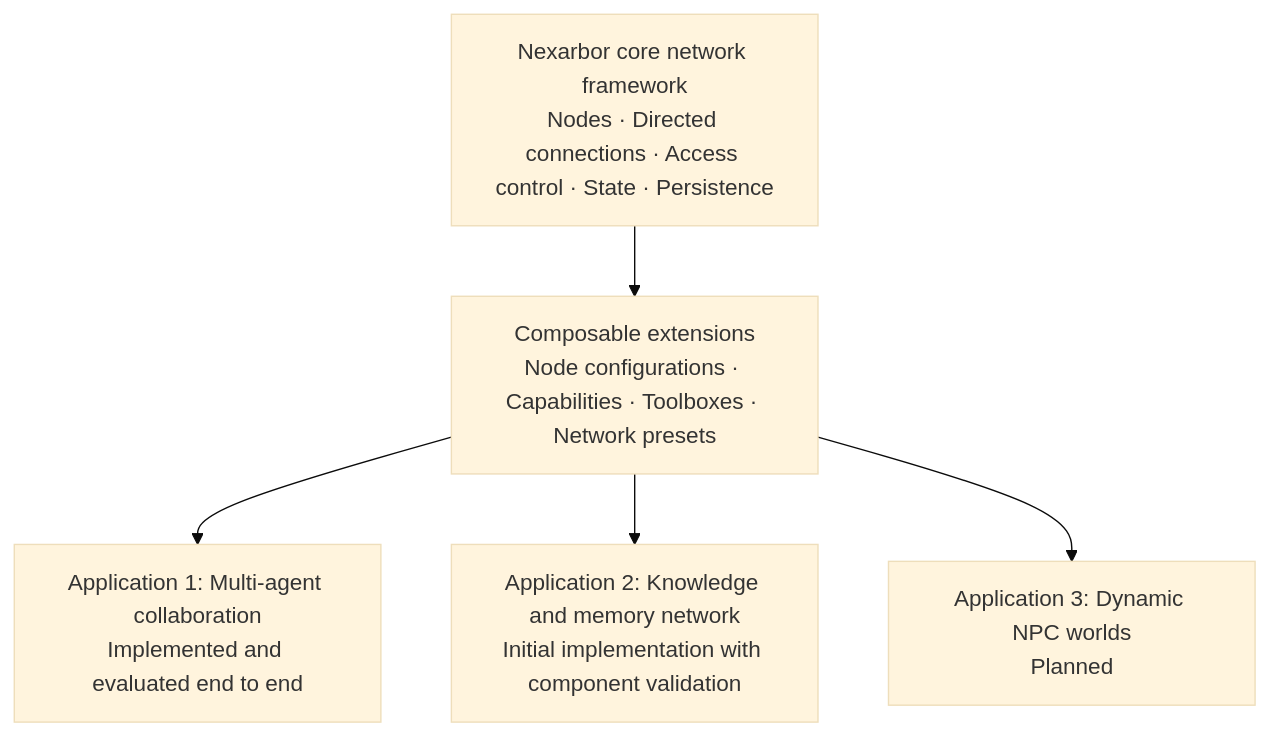
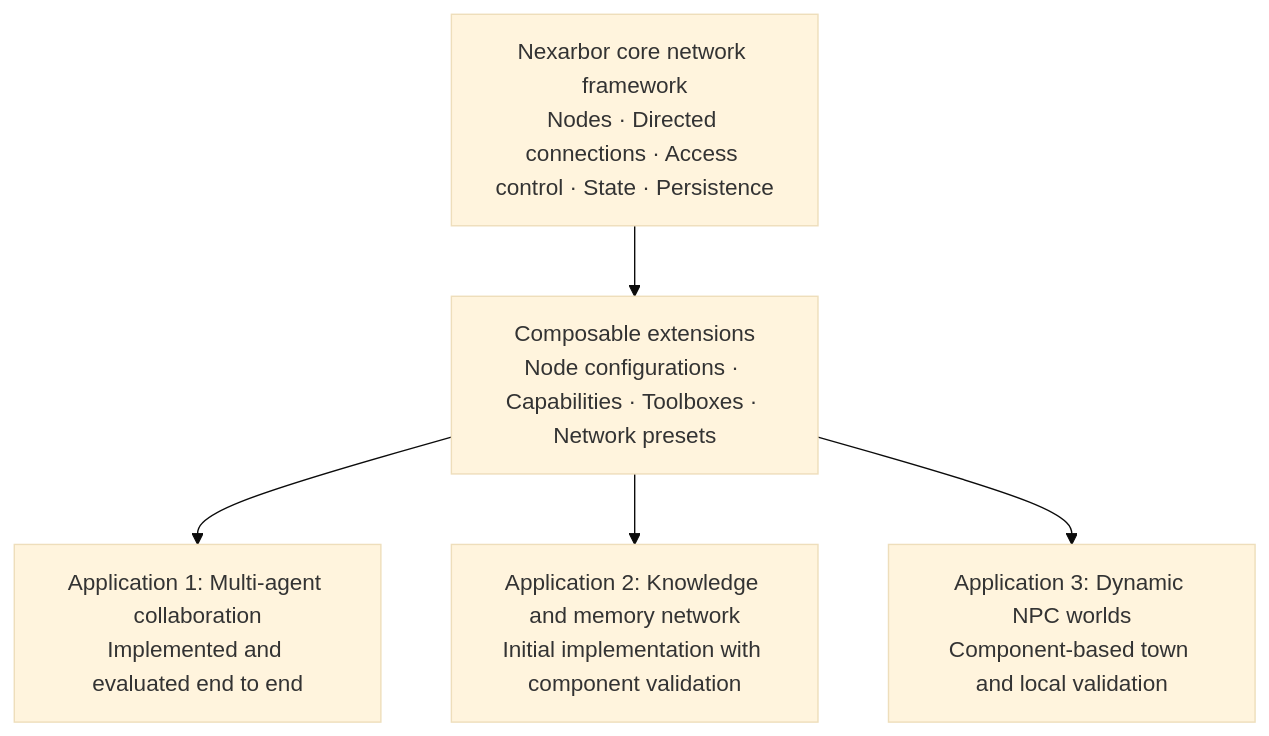
The diagram in README_EN.md (kazari-qwp/Nexarbor), drawn with Mermaid (base theme) before and after one commit. The commit also changed other lines of this file and 39 other files, not shown here.

Commit message:
feat(npc-world): add component-based discrete town simulation

````diff
--- a/README_EN.md
+++ b/README_EN.md
@@ -33,9 +33,9 @@
 ```mermaid
 flowchart TB
     Core["Nexarbor core network framework<br/>Nodes · Directed connections · Access control · State · Persistence"]
     Components["Composable extensions<br/>Node configurations · Capabilities · Toolboxes · Network presets"]
     Core --> Components
     Components --> Agents["Application 1: Multi-agent collaboration<br/>Implemented and evaluated end to end"]
     Components --> Database["Application 2: Knowledge and memory network<br/>Initial implementation with component validation"]
-    Components --> World["Application 3: Dynamic NPC worlds<br/>Planned"]
+    Components --> World["Application 3: Dynamic NPC worlds<br/>Component-based town and local validation"]
 ```
````
